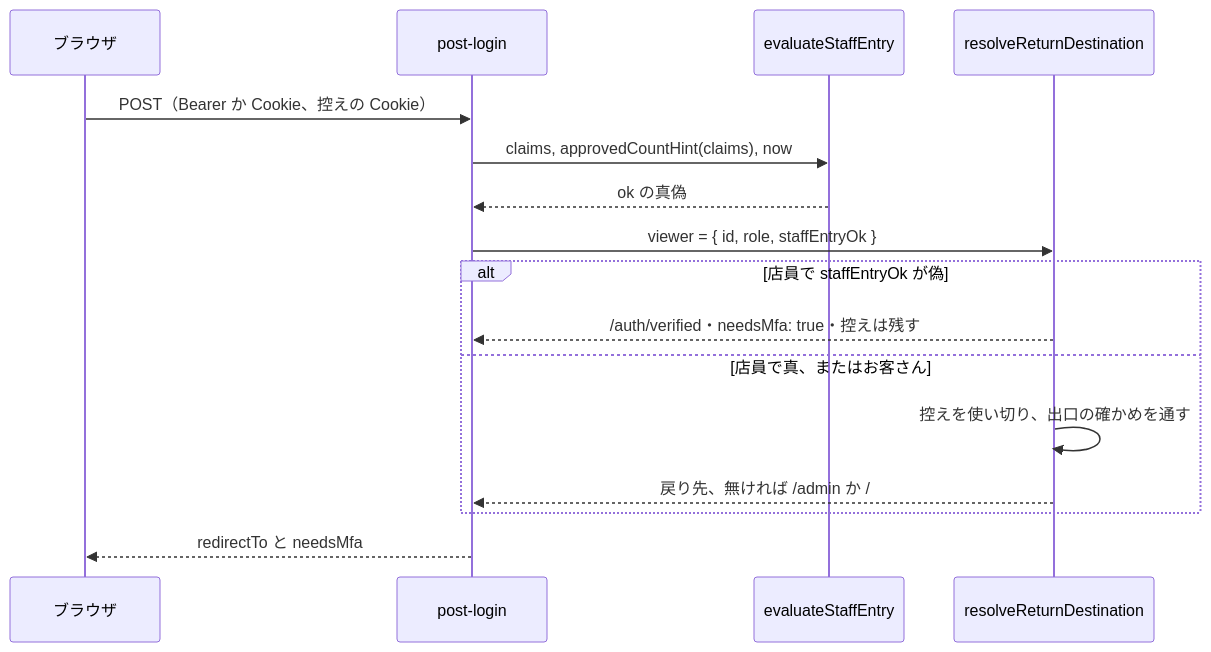
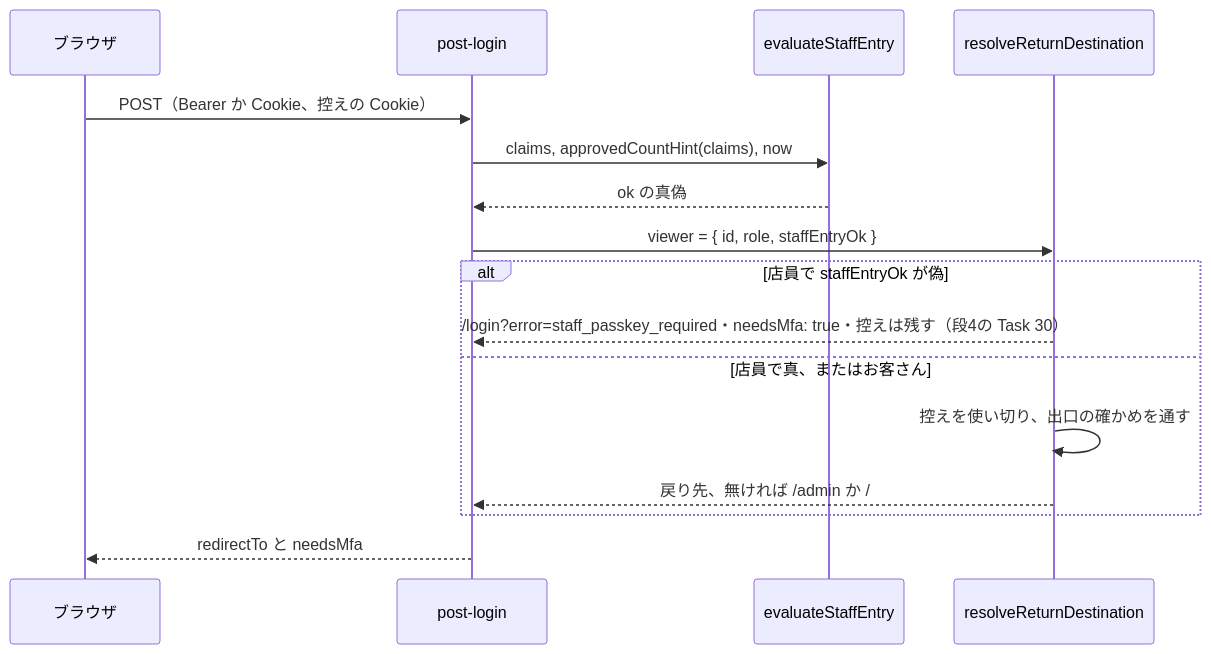
One commit to ChocoWork/o_official changed the fifth of 10 diagrams in docs/04_DetailDesign/sequence/auth-passkey-server-endpoints.md. Above: the diagram before and after it, drawn with Mermaid. The commit also changed other lines of this file and 107 other files, not shown here.

First line of the commit message:
feat(auth): 認証アプリ（TOTP）の窓口・画面と MFA のやり直しの窓口を消す（パスキー段4）

````diff
--- a/docs/04_DetailDesign/sequence/auth-passkey-server-endpoints.md
+++ b/docs/04_DetailDesign/sequence/auth-passkey-server-endpoints.md
@@ -183,18 +183,18 @@
 ```mermaid
 sequenceDiagram
     participant B as ブラウザ
     participant P as post-login
     participant E as evaluateStaffEntry
     participant R as resolveReturnDestination
     B->>P: POST（Bearer か Cookie、控えの Cookie）
     P->>E: claims, approvedCountHint(claims), now
     E-->>P: ok の真偽
     P->>R: viewer = { id, role, staffEntryOk }
     alt 店員で staffEntryOk が偽
-        R-->>P: /auth/verified・needsMfa: true・控えは残す
+        R-->>P: /login?error=staff_passkey_required・needsMfa: true・控えは残す（段4の Task 30）
     else 店員で真、またはお客さん
         R->>R: 控えを使い切り、出口の確かめを通す
         R-->>P: 戻り先、無ければ /admin か /
     end
     P-->>B: redirectTo と needsMfa
 ```
````
